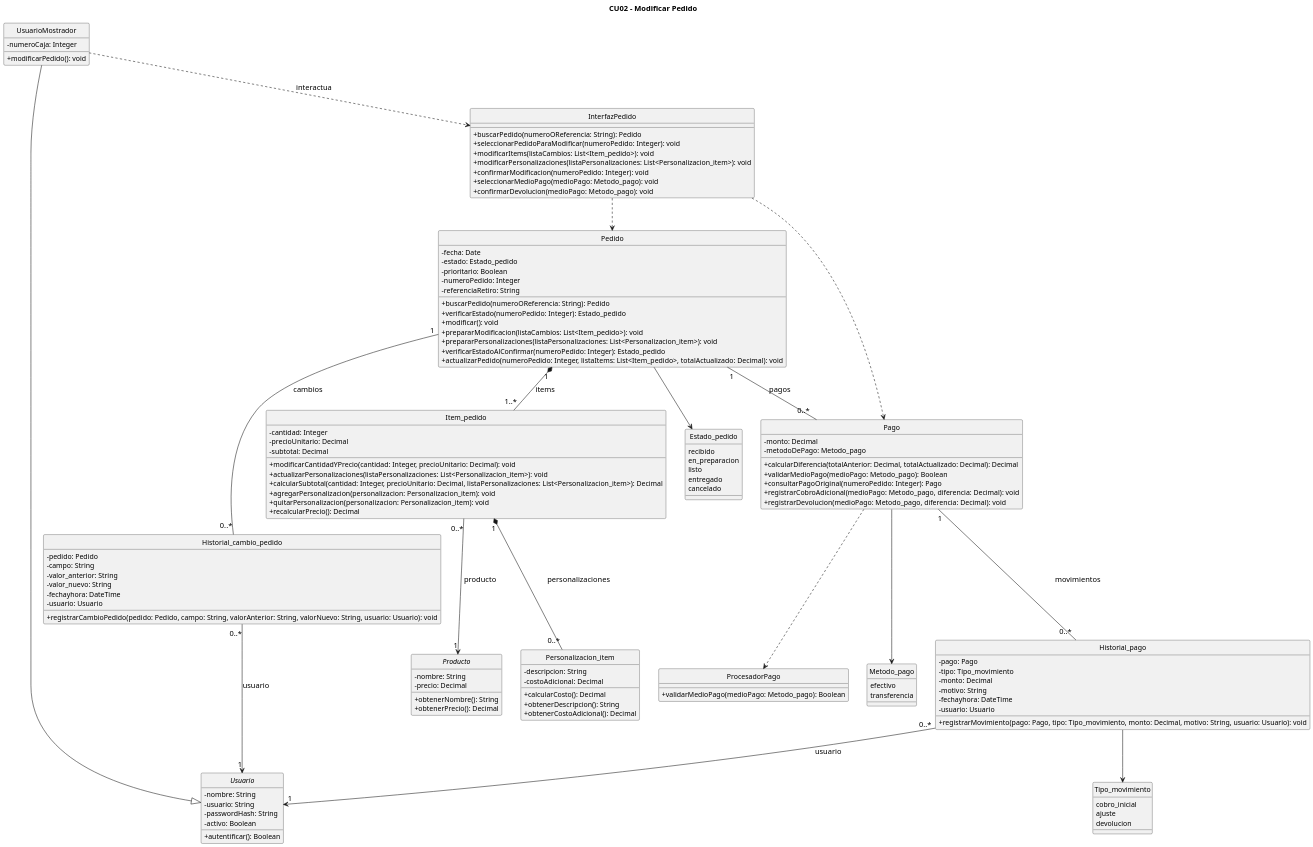
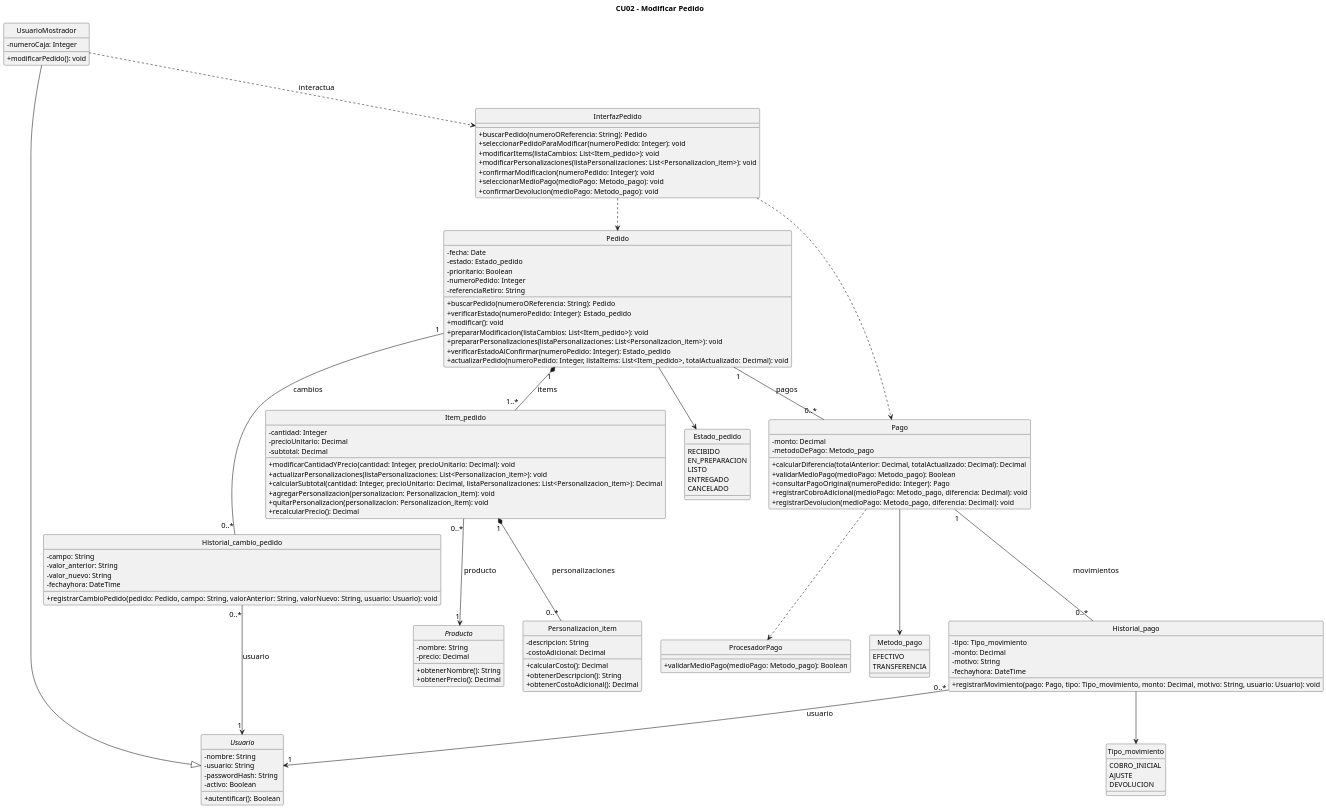
One commit to eloeyhe/SistemaPedidos changed the diagram in diagramas/01-diagrama-clases/02-clases-modificar-pedido-02.puml. Above: the diagram before and after it, drawn with PlantUML. The commit also changed 6 other files, not shown here.

```diff
--- a/diagramas/01-diagrama-clases/02-clases-modificar-pedido-02.puml
+++ b/diagramas/01-diagrama-clases/02-clases-modificar-pedido-02.puml
@@ -1,157 +1,153 @@
 @startuml
 title CU02 - Modificar Pedido
 top to bottom direction
 hide circle
 skinparam classAttributeIconSize 0
 skinparam defaultFontSize 14
 skinparam classFontSize 15
 skinparam classAttributeFontSize 13
 skinparam dpi 160
 
 abstract class Usuario {
   -nombre: String
   -usuario: String
   -passwordHash: String
   -activo: Boolean
   +autentificar(): Boolean
 }
 
 class UsuarioMostrador {
   -numeroCaja: Integer
   +modificarPedido(): void
 }
 
 class InterfazPedido {
   +buscarPedido(numeroOReferencia: String): Pedido
   +seleccionarPedidoParaModificar(numeroPedido: Integer): void
   +modificarItems(listaCambios: List<Item_pedido>): void
   +modificarPersonalizaciones(listaPersonalizaciones: List<Personalizacion_item>): void
   +confirmarModificacion(numeroPedido: Integer): void
   +seleccionarMedioPago(medioPago: Metodo_pago): void
   +confirmarDevolucion(medioPago: Metodo_pago): void
 }
 
 class Pedido {
   -fecha: Date
   -estado: Estado_pedido
   -prioritario: Boolean
   -numeroPedido: Integer
   -referenciaRetiro: String
   +buscarPedido(numeroOReferencia: String): Pedido
   +verificarEstado(numeroPedido: Integer): Estado_pedido
   +modificar(): void
   +prepararModificacion(listaCambios: List<Item_pedido>): void
   +prepararPersonalizaciones(listaPersonalizaciones: List<Personalizacion_item>): void
   +verificarEstadoAlConfirmar(numeroPedido: Integer): Estado_pedido
   +actualizarPedido(numeroPedido: Integer, listaItems: List<Item_pedido>, totalActualizado: Decimal): void
 }
 
 class Item_pedido {
   -cantidad: Integer
   -precioUnitario: Decimal
   -subtotal: Decimal
   +modificarCantidadYPrecio(cantidad: Integer, precioUnitario: Decimal): void
   +actualizarPersonalizaciones(listaPersonalizaciones: List<Personalizacion_item>): void
   +calcularSubtotal(cantidad: Integer, precioUnitario: Decimal, listaPersonalizaciones: List<Personalizacion_item>): Decimal
   +agregarPersonalizacion(personalizacion: Personalizacion_item): void
   +quitarPersonalizacion(personalizacion: Personalizacion_item): void
   +recalcularPrecio(): Decimal
 }
 
 abstract class Producto {
   -nombre: String
   -precio: Decimal
   +obtenerNombre(): String
   +obtenerPrecio(): Decimal
 }
 
 class Personalizacion_item {
   -descripcion: String
   -costoAdicional: Decimal
   +calcularCosto(): Decimal
   +obtenerDescripcion(): String
   +obtenerCostoAdicional(): Decimal
 }
 
 class Pago {
   -monto: Decimal
   -metodoDePago: Metodo_pago
   +calcularDiferencia(totalAnterior: Decimal, totalActualizado: Decimal): Decimal
   +validarMedioPago(medioPago: Metodo_pago): Boolean
   +consultarPagoOriginal(numeroPedido: Integer): Pago
   +registrarCobroAdicional(medioPago: Metodo_pago, diferencia: Decimal): void
   +registrarDevolucion(medioPago: Metodo_pago, diferencia: Decimal): void
 }
 
 class ProcesadorPago {
   +validarMedioPago(medioPago: Metodo_pago): Boolean
 }
 
 class Historial_pago {
-  -pago: Pago
   -tipo: Tipo_movimiento
   -monto: Decimal
   -motivo: String
   -fechayhora: DateTime
-  -usuario: Usuario
   +registrarMovimiento(pago: Pago, tipo: Tipo_movimiento, monto: Decimal, motivo: String, usuario: Usuario): void
 }
 
 class Historial_cambio_pedido {
-  -pedido: Pedido
   -campo: String
   -valor_anterior: String
   -valor_nuevo: String
   -fechayhora: DateTime
-  -usuario: Usuario
   +registrarCambioPedido(pedido: Pedido, campo: String, valorAnterior: String, valorNuevo: String, usuario: Usuario): void
   }
 
 enum Estado_pedido {
-  recibido
-  en_preparacion
-  listo
-  entregado
-  cancelado
+  RECIBIDO
+  EN_PREPARACION
+  LISTO
+  ENTREGADO
+  CANCELADO
 }
 
 enum Metodo_pago {
-  efectivo
-  transferencia
+  EFECTIVO
+  TRANSFERENCIA
 }
 
 enum Tipo_movimiento {
-  cobro_inicial
-  ajuste
-  devolucion
+  COBRO_INICIAL
+  AJUSTE
+  DEVOLUCION
 }
 
 ' Herencia
 UsuarioMostrador --|> Usuario
 
 ' Dependencias
 UsuarioMostrador ..> InterfazPedido : interactua
 InterfazPedido ..> Pedido
 InterfazPedido ..> Pago
 Pago ..> ProcesadorPago
 
 ' Composiciones
 Pedido "1" *-- "1..*" Item_pedido : items
 Item_pedido "1" *-- "0..*" Personalizacion_item : personalizaciones
 
 ' Asociaciones
 Item_pedido "0..*" --> "1" Producto : producto
 Pedido "1" -- "0..*" Pago : pagos
 Pago "1" -- "0..*" Historial_pago : movimientos
 Pedido "1" -- "0..*" Historial_cambio_pedido : cambios
 
 ' Asociaciones con Usuario
 Historial_pago "0..*" --> "1" Usuario : usuario
 Historial_cambio_pedido "0..*" --> "1" Usuario : usuario
 
 ' Enumeraciones
 Pedido --> Estado_pedido
 Pago --> Metodo_pago
 Historial_pago --> Tipo_movimiento
 
 @enduml
```
